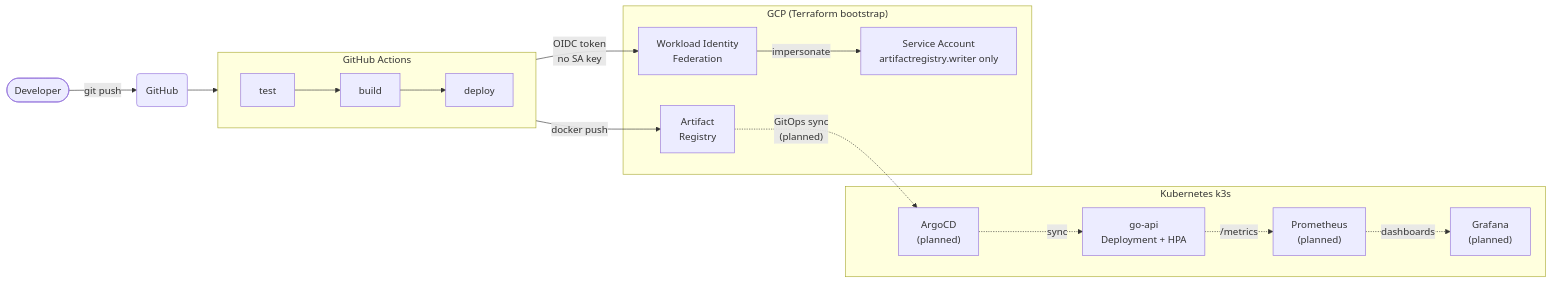
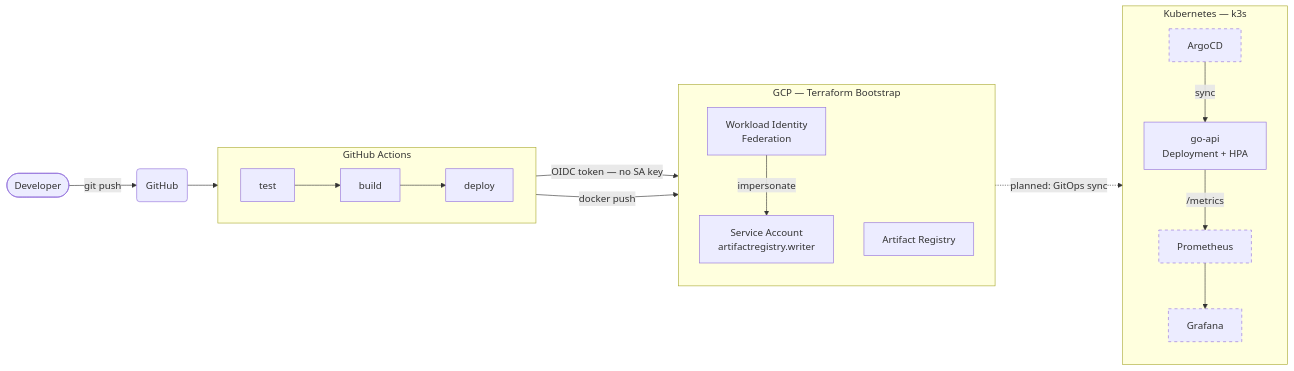
The diagram in README.md (loustack17/DevOps_8Weeks_plan), drawn with Mermaid before and after one commit. The commit also changed other lines of this file, not shown here.

Commit message:
Fix architecture diagram: proper subgraph node containment, dashed style for planned components

````diff
--- a/README.md
+++ b/README.md
@@ -34,29 +34,38 @@
 ```mermaid
 flowchart LR
     dev([Developer]) -->|git push| github(GitHub)
+    github --> ci
 
-    subgraph ci [" GitHub Actions "]
+    subgraph ci [GitHub Actions]
         direction LR
         test --> build --> deploy
     end
 
-    github --> ci
-
-    deploy -->|"OIDC token\nno SA key"| wif["Workload Identity\nFederation"]
-    wif -->|impersonate| sa["Service Account\nartifactregistry.writer only"]
-    deploy -->|docker push| ar["Artifact\nRegistry"]
-
-    ar -. "GitOps sync\n(planned)" .-> argocd["ArgoCD\n(planned)"]
-
-    subgraph k8s [" Kubernetes k3s "]
-        argocd -. sync .-> app["go-api\nDeployment + HPA"]
-        app -. "/metrics" .-> prom["Prometheus\n(planned)"]
-        prom -. dashboards .-> grafana["Grafana\n(planned)"]
+    subgraph gcp [GCP — Terraform Bootstrap]
+        direction TB
+        wif["Workload Identity\nFederation"]
+        sa["Service Account\nartifactregistry.writer"]
+        ar["Artifact Registry"]
+        wif -->|impersonate| sa
     end
 
-    subgraph gcp [" GCP (Terraform bootstrap) "]
-        wif
-        sa
-        ar
+    deploy -->|OIDC token — no SA key| wif
+    deploy -->|docker push| ar
+
+    subgraph k8s [Kubernetes — k3s]
+        direction TB
+        argocd["ArgoCD"]
+        app["go-api\nDeployment + HPA"]
+        prom["Prometheus"]
+        grafana["Grafana"]
+        argocd -->|sync| app
+        app -->|/metrics| prom
+        prom --> grafana
     end
+
+    ar -.->|"planned: GitOps sync"| argocd
+
+    style argocd stroke-dasharray: 5 5
+    style prom stroke-dasharray: 5 5
+    style grafana stroke-dasharray: 5 5
 ```
````
